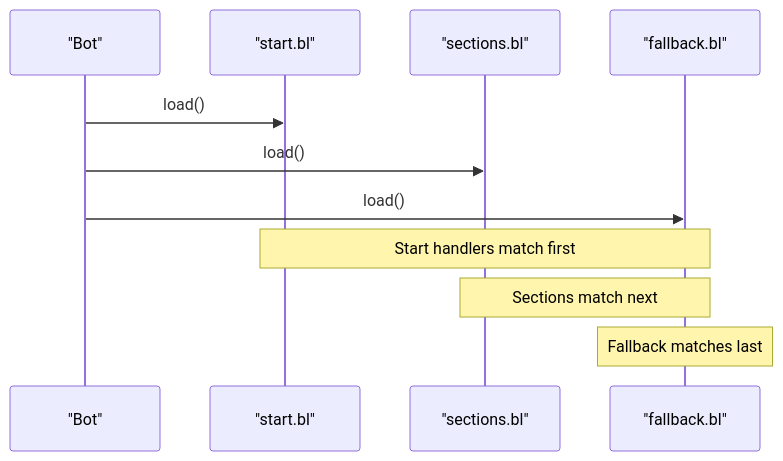
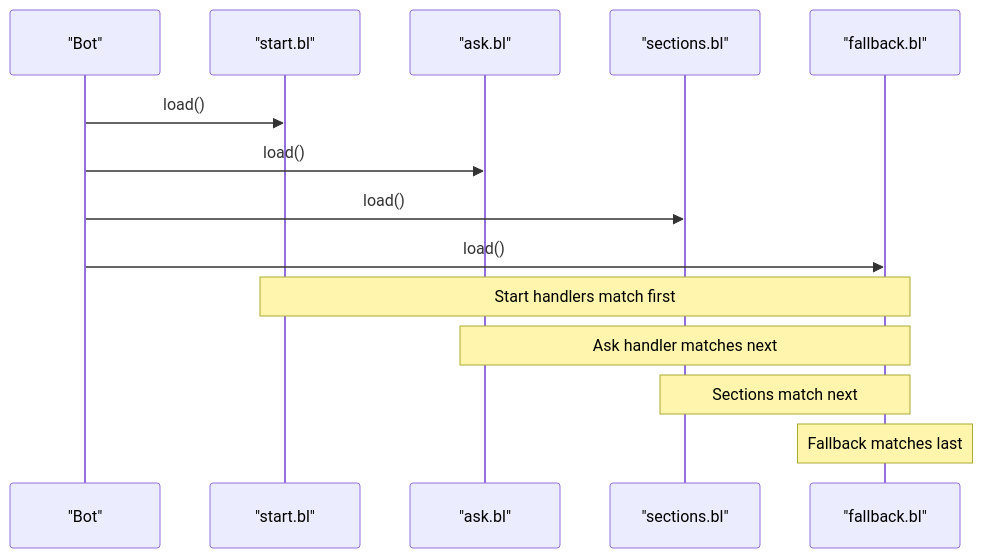
One commit to ognelis/cafetera_hr_bot changed the fifth of 6 diagrams in .qoder/repowiki/en/content/Handler System/Start Handler.md. Above: the diagram before and after it, drawn with Mermaid. The commit also changed other lines of this file and 16 other files, not shown here.

````diff
--- a/.qoder/repowiki/en/content/Handler System/Start Handler.md
+++ b/.qoder/repowiki/en/content/Handler System/Start Handler.md
@@ -205,13 +228,16 @@
 ```mermaid
 sequenceDiagram
 participant Bot as "Bot"
 participant Start as "start.bl"
+participant Ask as "ask.bl"
 participant Sections as "sections.bl"
 participant Fallback as "fallback.bl"
 Bot->>Start : load()
+Bot->>Ask : load()
 Bot->>Sections : load()
 Bot->>Fallback : load()
 Note over Start,Fallback : Start handlers match first
+Note over Ask,Fallback : Ask handler matches next
 Note over Sections,Fallback : Sections match next
 Note over Fallback : Fallback matches last
 ```
````
